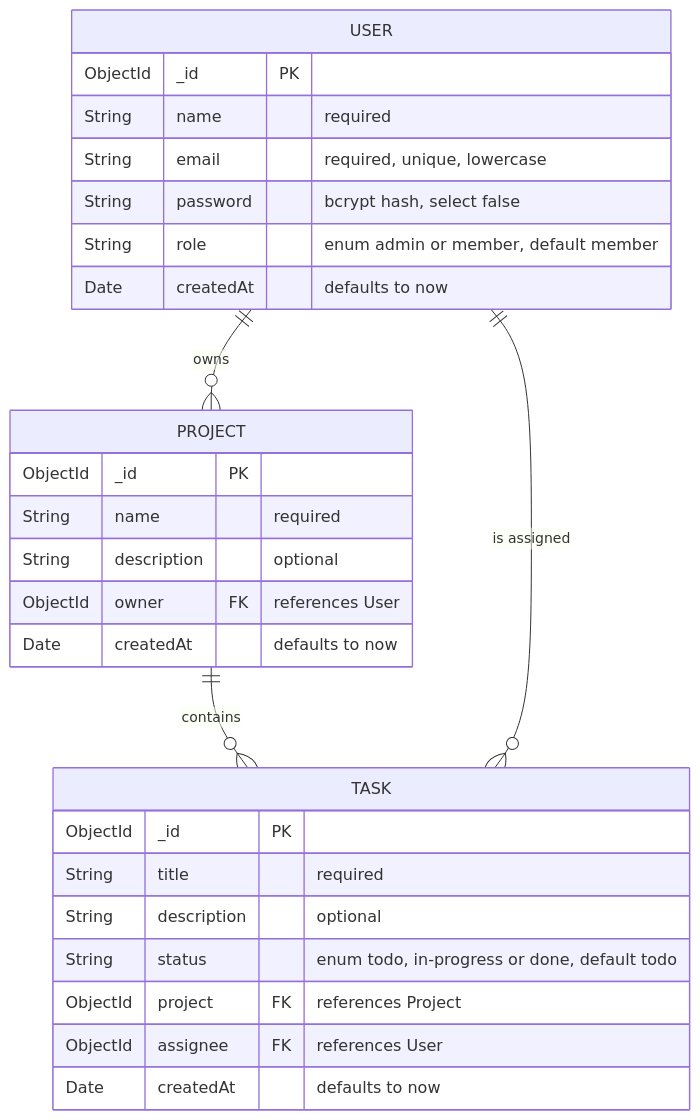
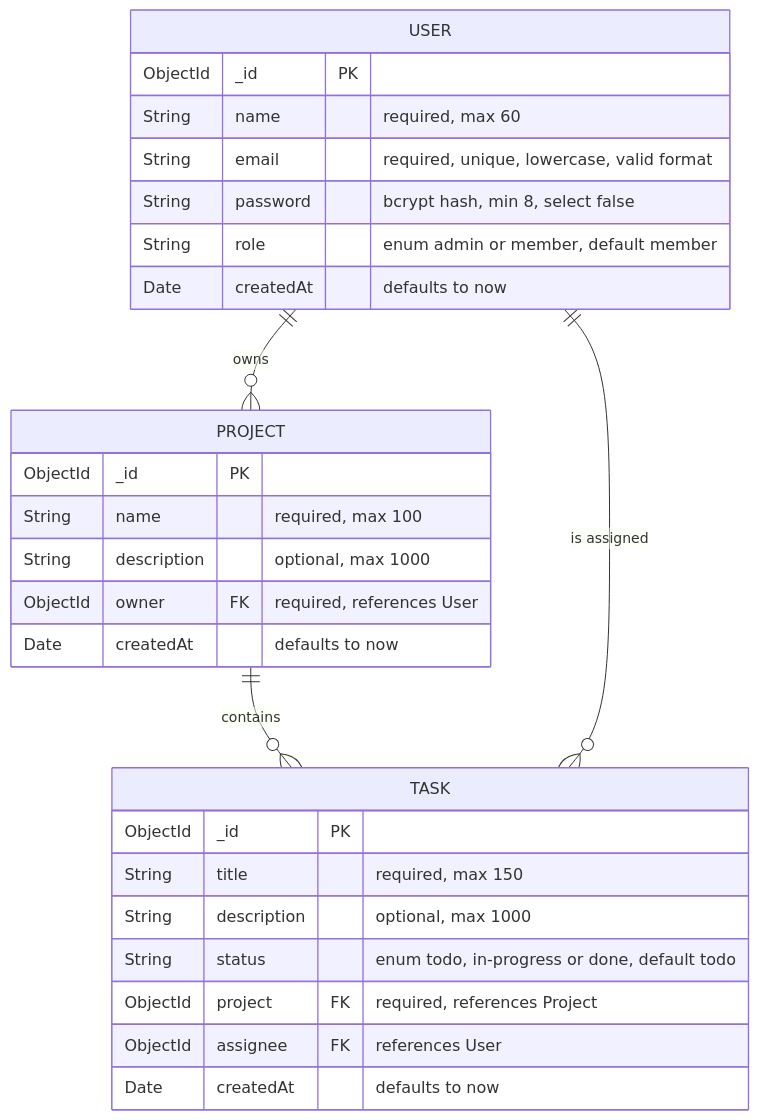
One commit to MichaelAzar-C/TaskFlow changed the second of 5 diagrams in README.md. Above: the diagram before and after it, drawn with Mermaid. The commit also changed other lines of this file and 13 other files, not shown here.

````diff
--- a/README.md
+++ b/README.md
@@ -135,33 +169,33 @@
 ```mermaid
 erDiagram
     USER ||--o{ PROJECT : "owns"
     PROJECT ||--o{ TASK : "contains"
     USER ||--o{ TASK : "is assigned"
 
     USER {
         ObjectId _id PK
-        String   name        "required"
-        String   email       "required, unique, lowercase"
-        String   password    "bcrypt hash, select false"
+        String   name        "required, max 60"
+        String   email       "required, unique, lowercase, valid format"
+        String   password    "bcrypt hash, min 8, select false"
         String   role        "enum admin or member, default member"
         Date     createdAt   "defaults to now"
     }
 
     PROJECT {
         ObjectId _id         PK
-        String   name        "required"
-        String   description "optional"
-        ObjectId owner       FK "references User"
+        String   name        "required, max 100"
+        String   description "optional, max 1000"
+        ObjectId owner       FK "required, references User"
         Date     createdAt   "defaults to now"
     }
 
     TASK {
         ObjectId _id         PK
-        String   title       "required"
-        String   description "optional"
+        String   title       "required, max 150"
+        String   description "optional, max 1000"
         String   status      "enum todo, in-progress or done, default todo"
-        ObjectId project     FK "references Project"
+        ObjectId project     FK "required, references Project"
         ObjectId assignee    FK "references User"
         Date     createdAt   "defaults to now"
     }
 ```
````
